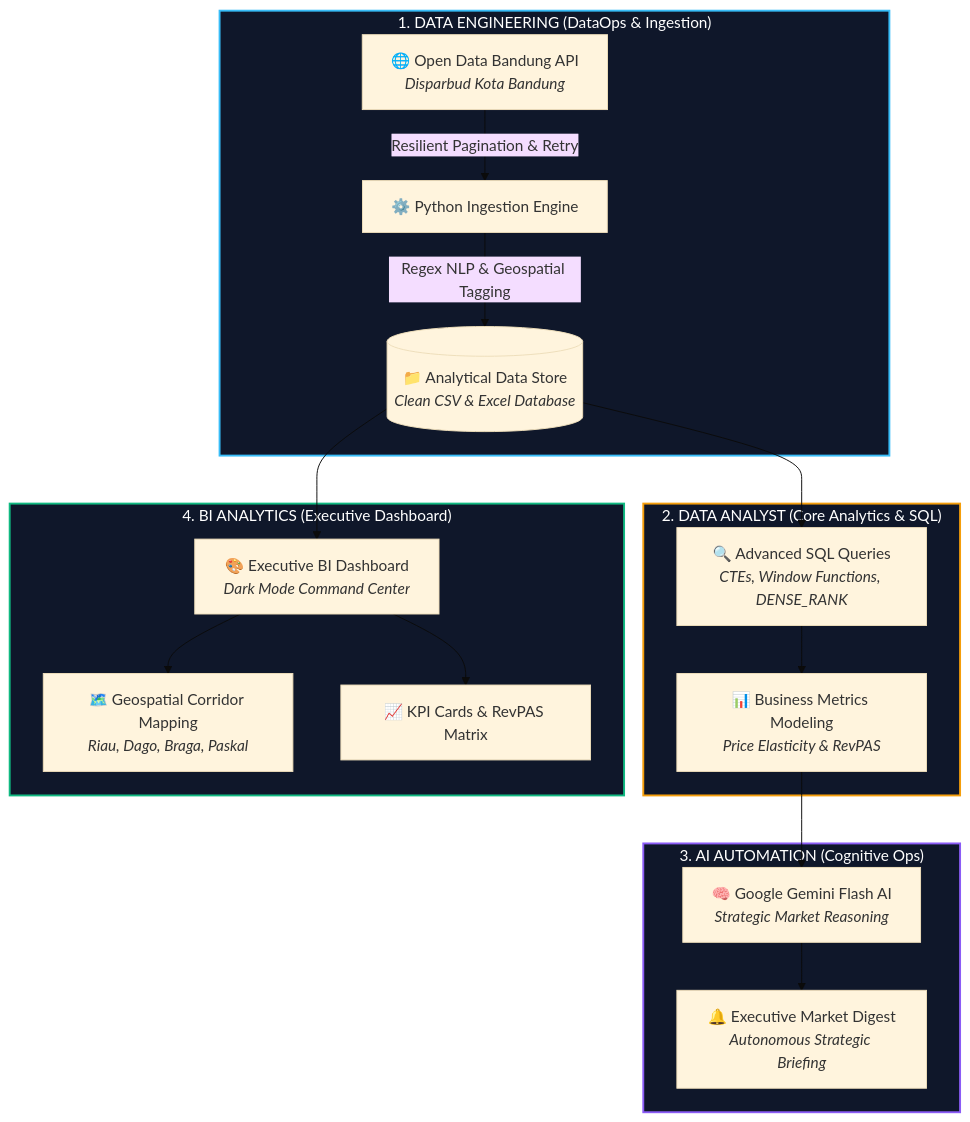
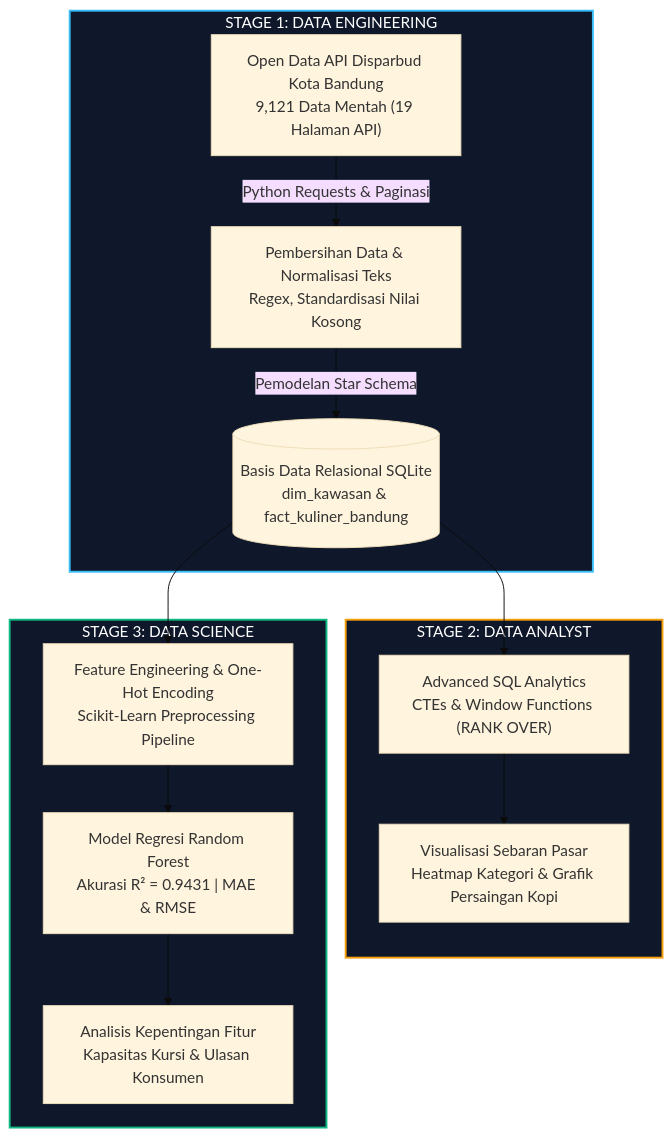
Before and after one commit to rifasahadiarto/bandung-gastronomy-intelligence: the diagram in README.md, drawn with Mermaid (base theme). The commit also changed other lines of this file and 10 other files, not shown here.

Commit message:
docs: streamline README into 3 core stages (DE, DA, DS), remove automation and emojis, and update visual assets

````diff
--- a/README.md
+++ b/README.md
@@ -31,28 +30,22 @@
 ```mermaid
 flowchart TD
-    subgraph DE["1. DATA ENGINEERING (DataOps & Ingestion)"]
-        A[🌐 Open Data Bandung API<br/><i>Disparbud Kota Bandung</i>] -->|Resilient Pagination & Retry| B[⚙️ Python Ingestion Engine]
-        B -->|Regex NLP & Geospatial Tagging| C[(📁 Analytical Data Store<br/><i>Clean CSV & Excel Database</i>)]
+    subgraph S1["STAGE 1: DATA ENGINEERING"]
+        A["Open Data API Disparbud Kota Bandung<br/>9,121 Data Mentah (19 Halaman API)"] -->|Python Requests & Paginasi| B["Pembersihan Data & Normalisasi Teks<br/>Regex, Standardisasi Nilai Kosong"]
+        B -->|Pemodelan Star Schema| C[("Basis Data Relasional SQLite<br/>dim_kawasan & fact_kuliner_bandung")]
     end
 
-    subgraph DA["2. DATA ANALYST (Core Analytics & SQL)"]
-        C --> D[🔍 Advanced SQL Queries<br/><i>CTEs, Window Functions, DENSE_RANK</i>]
-        D --> E[📊 Business Metrics Modeling<br/><i>Price Elasticity & RevPAS</i>]
+    subgraph S2["STAGE 2: DATA ANALYST"]
+        C --> D["Advanced SQL Analytics<br/>CTEs & Window Functions (RANK OVER)"]
+        D --> E["Visualisasi Sebaran Pasar<br/>Heatmap Kategori & Grafik Persaingan Kopi"]
     end
 
-    subgraph AI["3. AI AUTOMATION (Cognitive Ops)"]
-        E --> F[🧠 Google Gemini Flash AI<br/><i>Strategic Market Reasoning</i>]
-        F --> G[🔔 Executive Market Digest<br/><i>Autonomous Strategic Briefing</i>]
+    subgraph S3["STAGE 3: DATA SCIENCE"]
+        C --> F["Feature Engineering & One-Hot Encoding<br/>Scikit-Learn Preprocessing Pipeline"]
+        F --> G["Model Regresi Random Forest<br/>Akurasi R² = 0.9431 | MAE & RMSE"]
+        G --> H["Analisis Kepentingan Fitur<br/>Kapasitas Kursi & Ulasan Konsumen"]
     end
 
-    subgraph BI["4. BI ANALYTICS (Executive Dashboard)"]
-        C --> H[🎨 Executive BI Dashboard<br/><i>Dark Mode Command Center</i>]
-        H --> I[🗺️ Geospatial Corridor Mapping<br/><i>Riau, Dago, Braga, Paskal</i>]
-        H --> J[📈 KPI Cards & RevPAS Matrix]
-    end
-
-    style DE fill:#0F172A,stroke:#38BDF8,stroke-width:2px,color:#fff
-    style DA fill:#0F172A,stroke:#F59E0B,stroke-width:2px,color:#fff
-    style AI fill:#0F172A,stroke:#8B5CF6,stroke-width:2px,color:#fff
-    style BI fill:#0F172A,stroke:#10B981,stroke-width:2px,color:#fff
+    style S1 fill:#0F172A,stroke:#38BDF8,stroke-width:2px,color:#fff
+    style S2 fill:#0F172A,stroke:#F59E0B,stroke-width:2px,color:#fff
+    style S3 fill:#0F172A,stroke:#10B981,stroke-width:2px,color:#fff
 ```
````
